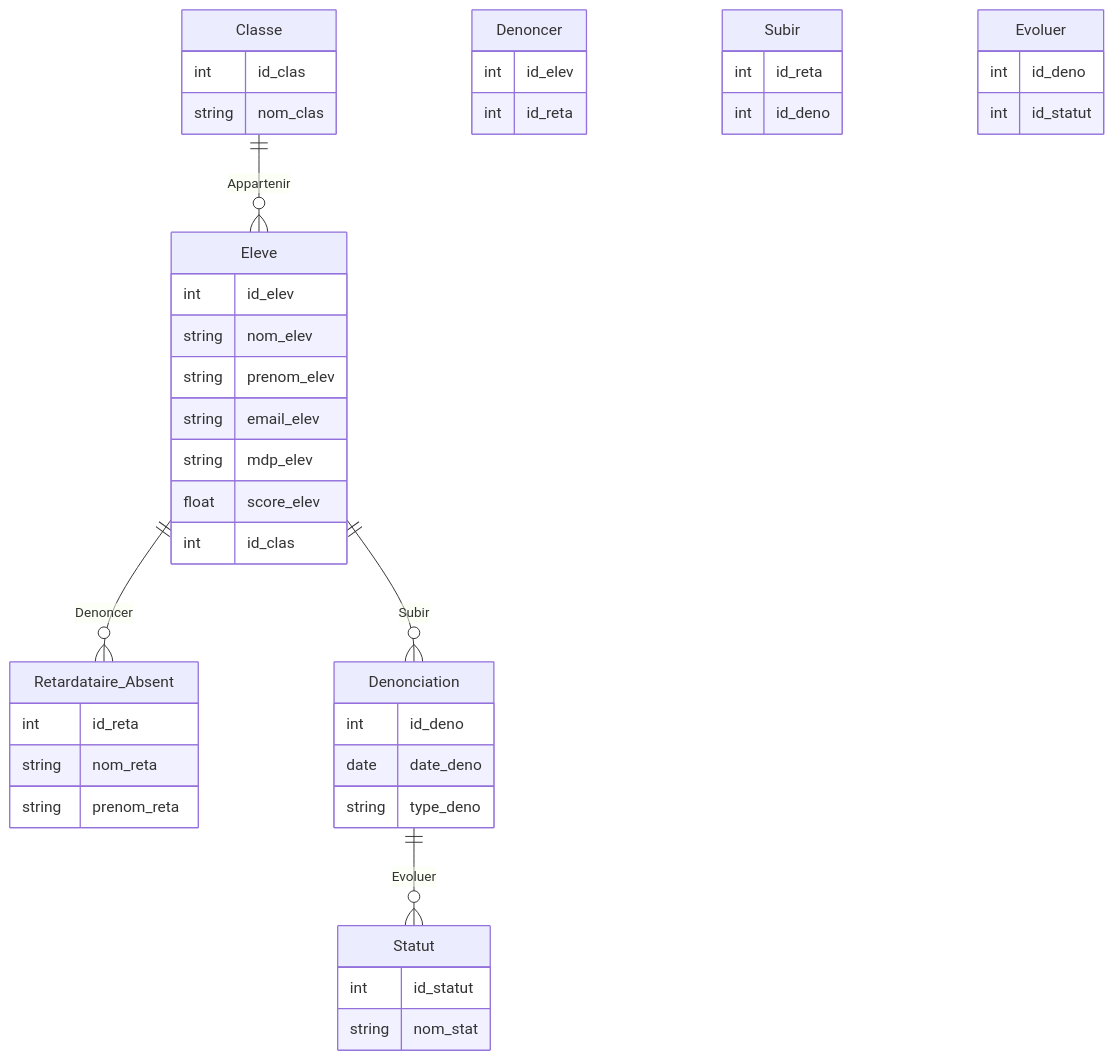
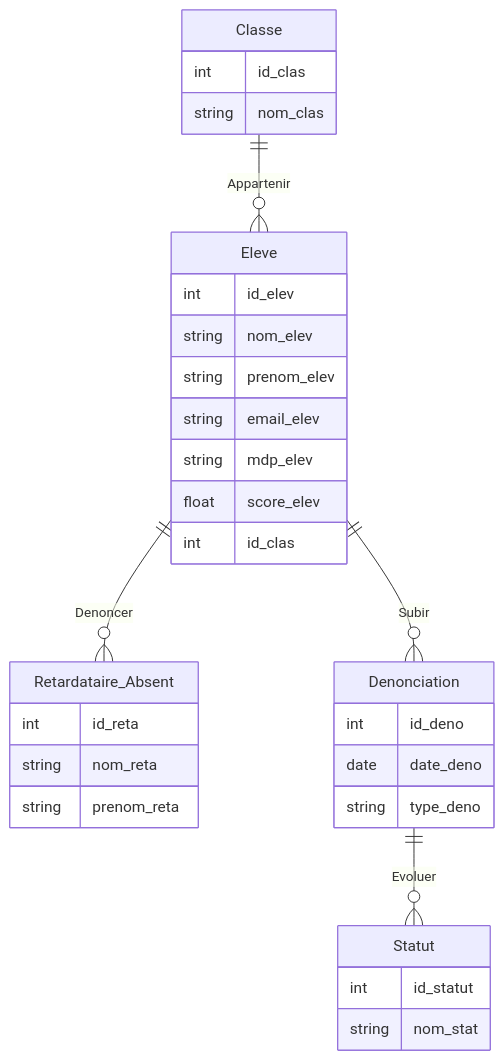
One commit to Julio-Branco/SnitchandGO changed the diagram in README.md. Above: the diagram before and after it, drawn with Mermaid.

````diff
--- a/README.md
+++ b/README.md
@@ -127,56 +127,39 @@
 ```mermaid
 erDiagram
     Classe {
         int id_clas
         string nom_clas
     }
     
     Eleve {
         int id_elev
         string nom_elev
         string prenom_elev
         string email_elev
         string mdp_elev
         float score_elev
         int id_clas
     }
 
     Retardataire_Absent {
         int id_reta
         string nom_reta
         string prenom_reta
     }
     
     Denonciation {
         int id_deno
         date date_deno
         string type_deno
     }
     
     Statut {
         int id_statut
         string nom_stat
     }
 
-    Denoncer {
-        int id_elev
-        int id_reta
-    }
-    
-    Subir {
-        int id_reta
-        int id_deno
-    }
-    
-    Evoluer {
-        int id_deno
-        int id_statut
-    }
-
     Classe ||--o{ Eleve : "Appartenir"
     Eleve ||--o{ Retardataire_Absent : "Denoncer"
     Eleve ||--o{ Denonciation : "Subir"
     Denonciation ||--o{ Statut : "Evoluer"
-
-
 ```
````
